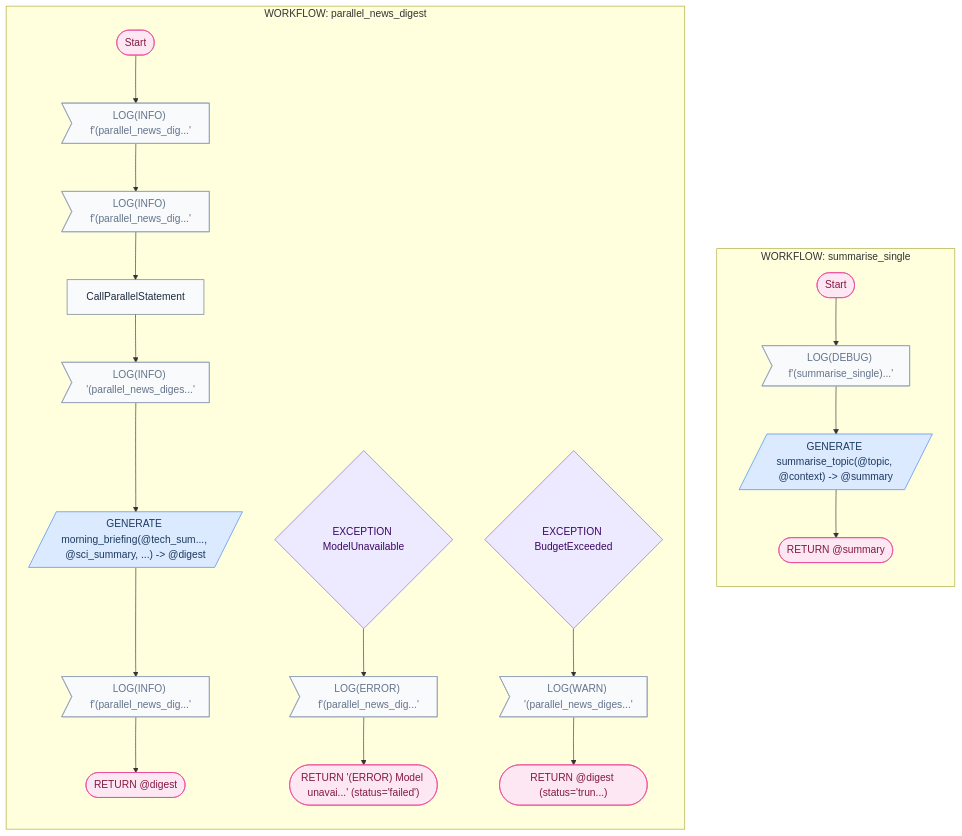
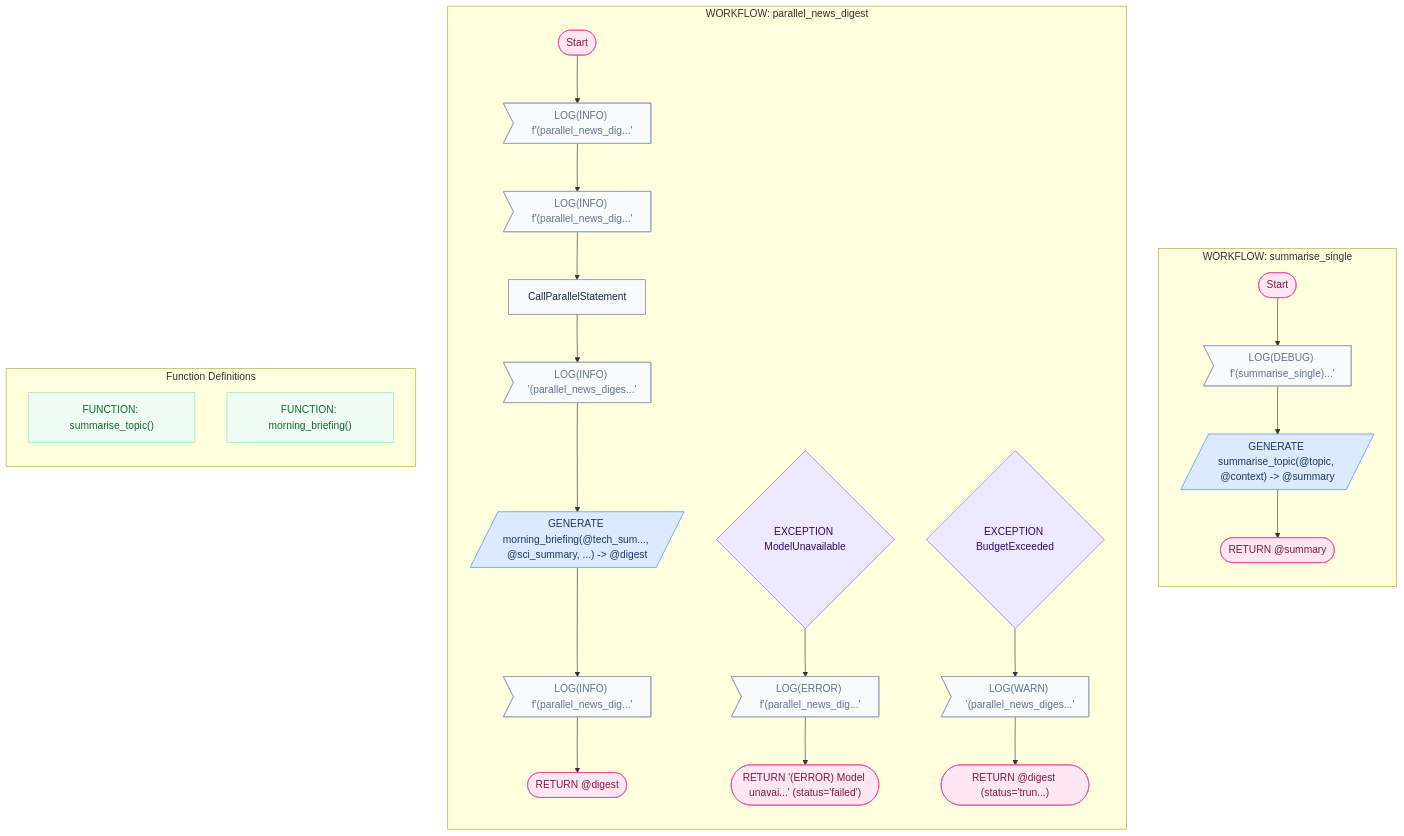
Before and after one commit to digital-duck/SPL.py: the diagram in cookbook/64_parallel_news_digest/mermaid/parallel_news_digest.md, drawn with Mermaid. The commit also changed 334 other files, not shown here.

````diff
--- a/cookbook/64_parallel_news_digest/mermaid/parallel_news_digest.md
+++ b/cookbook/64_parallel_news_digest/mermaid/parallel_news_digest.md
@@ -7,65 +7,72 @@
 ```mermaid
 flowchart TD
     subgraph SG_summarise_single["WORKFLOW: summarise_single"]
     direction TB
     START1(["Start"])
     LOG2>"LOG(DEBUG) f'(summarise_single)...'"]
     GEN3[/"GENERATE summarise_topic(@topic, @context) -> @summary"/]
     LOG2 --> GEN3
     RET4(["RETURN @summary"])
     GEN3 --> RET4
     START1 --> LOG2
     end
     subgraph SG_parallel_news_digest["WORKFLOW: parallel_news_digest"]
     direction TB
     START5(["Start"])
     LOG6>"LOG(INFO) f'(parallel_news_dig...'"]
     LOG7>"LOG(INFO) f'(parallel_news_dig...'"]
     LOG6 --> LOG7
     S8["CallParallelStatement"]
     LOG7 --> S8
     LOG9>"LOG(INFO) '(parallel_news_diges...'"]
     S8 --> LOG9
     GEN10[/"GENERATE morning_briefing(@tech_sum..., @sci_summary, ...) -> @digest"/]
     LOG9 --> GEN10
     LOG11>"LOG(INFO) f'(parallel_news_dig...'"]
     GEN10 --> LOG11
     RET12(["RETURN @digest"])
     LOG11 --> RET12
     START5 --> LOG6
     EXC13{"EXCEPTION ModelUnavailable"}
     LOG14>"LOG(ERROR) f'(parallel_news_dig...'"]
     RET15(["RETURN '(ERROR) Model unavai...' (status='failed')"])
     LOG14 --> RET15
     EXC13 --> LOG14
     EXC16{"EXCEPTION BudgetExceeded"}
     LOG17>"LOG(WARN) '(parallel_news_diges...'"]
     RET18(["RETURN @digest (status='trun...)"])
     LOG17 --> RET18
     EXC16 --> LOG17
     end
+    subgraph FUNCTIONS["Function Definitions"]
+    direction TB
+    FN19["FUNCTION: summarise_topic()"]
+    FN20["FUNCTION: morning_briefing()"]
+    end
     class START1 term
     class LOG2 log
     class GEN3 llm
     class RET4 term
     class START5 term
     class LOG6 log
     class LOG7 log
     class S8 assign
     class LOG9 log
     class GEN10 llm
     class LOG11 log
     class RET12 term
     class EXC13 ctrl
     class LOG14 log
     class RET15 term
     class EXC16 ctrl
     class LOG17 log
     class RET18 term
+    class FN19 fn
+    class FN20 fn
     classDef llm fill:#dbeafe,stroke:#3b82f6,color:#1e3a5f
     classDef ctrl fill:#ede9fe,stroke:#8b5cf6,color:#3b0764
     classDef term fill:#fce7f3,stroke:#ec4899,color:#831843
     classDef log fill:#f8fafc,stroke:#94a3b8,color:#64748b
     classDef fn fill:#f0fdf4,stroke:#86efac,color:#166534
     classDef assign fill:#f8fafc,stroke:#64748b,color:#1e293b
 ```
````
